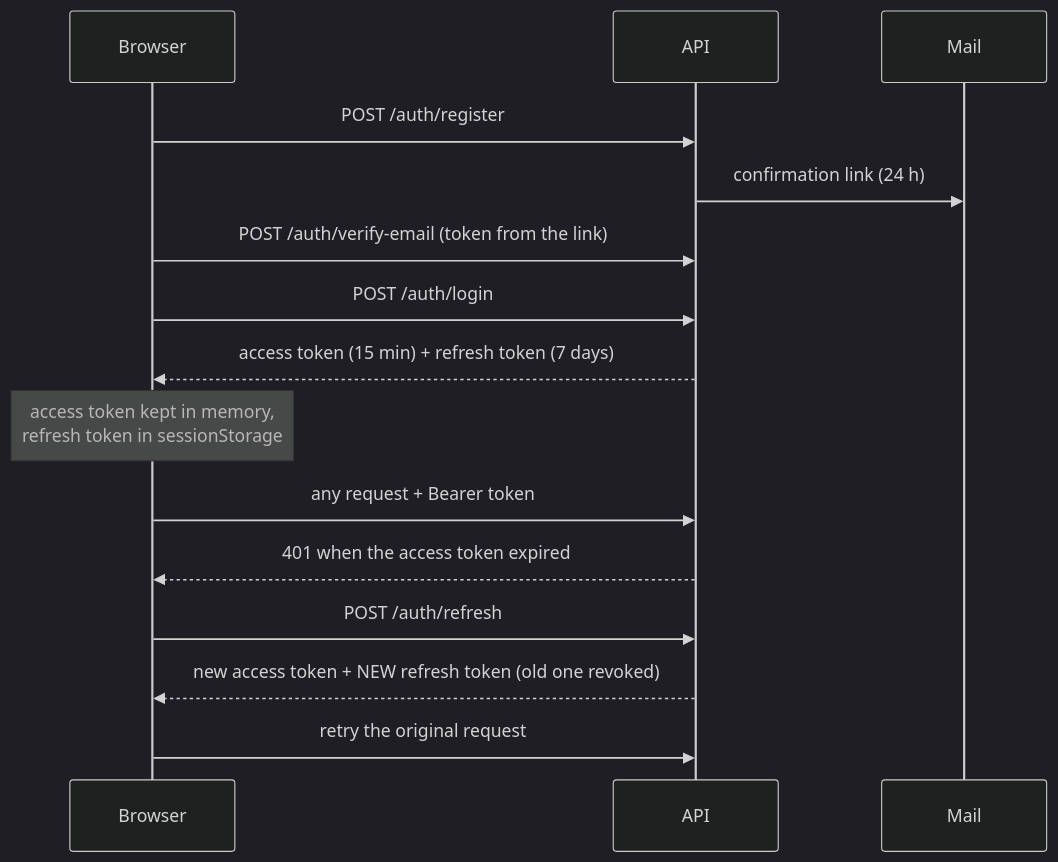
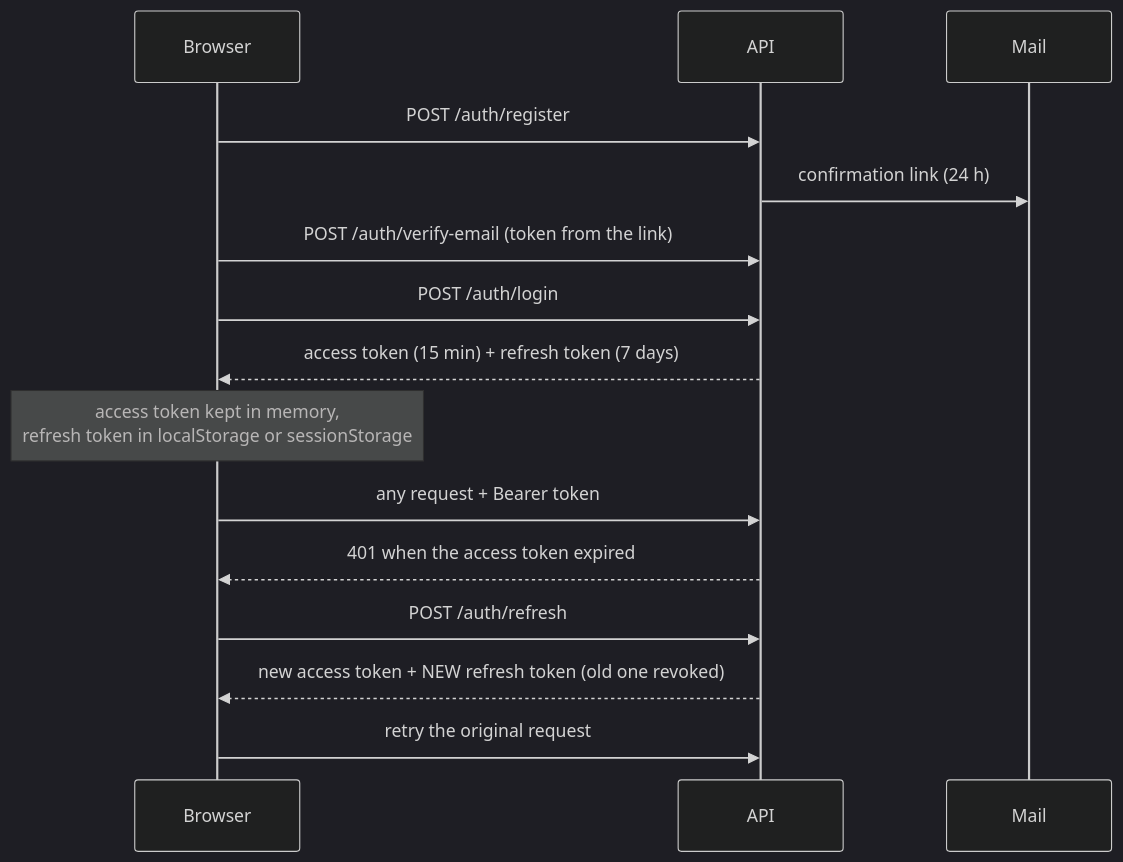
One commit to Adam-104/typequest changed the third of 3 diagrams in README.md. Above: the diagram before and after it, drawn with Mermaid (dark theme). The commit also changed other lines of this file and 7 other files, not shown here.

````diff
--- a/README.md
+++ b/README.md
@@ -546,17 +546,17 @@
 ```mermaid
 sequenceDiagram
     participant U as Browser
     participant A as API
     participant M as Mail
     U->>A: POST /auth/register
     A->>M: confirmation link (24 h)
     U->>A: POST /auth/verify-email (token from the link)
     U->>A: POST /auth/login
     A-->>U: access token (15 min) + refresh token (7 days)
-    Note over U: access token kept in memory,<br/>refresh token in sessionStorage
+    Note over U: access token kept in memory,<br/>refresh token in localStorage or sessionStorage
     U->>A: any request + Bearer token
     A-->>U: 401 when the access token expired
     U->>A: POST /auth/refresh
     A-->>U: new access token + NEW refresh token (old one revoked)
     U->>A: retry the original request
 ```
````
